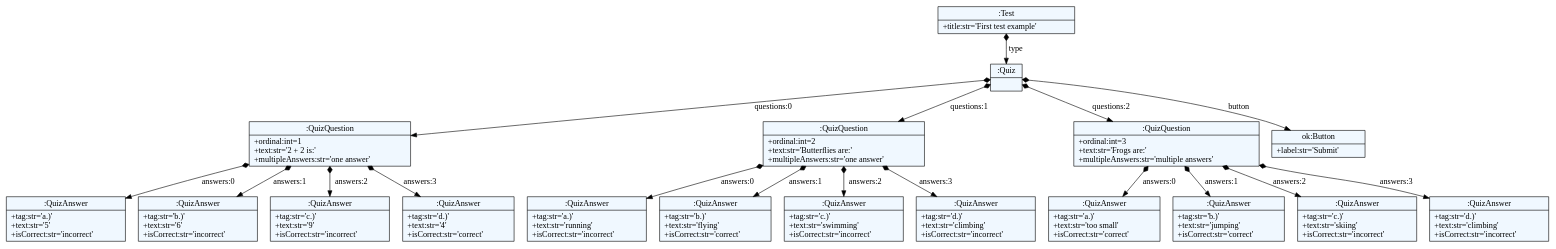
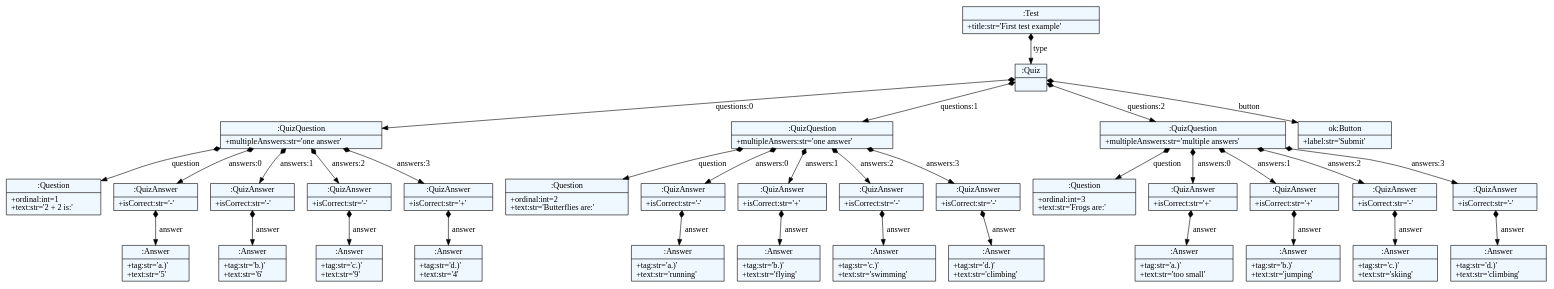
One commit to igen-ftn/quizgen changed the diagram in quiz/example.dot. Above: the diagram before and after it, drawn with Graphviz. The commit also changed 8 other files, not shown here.

```diff
--- a/quiz/example.dot
+++ b/quiz/example.dot
@@ -1,50 +1,80 @@
 
     digraph xtext {
     fontname = "Bitstream Vera Sans"
     fontsize = 8
     node[
         shape=record,
         style=filled,
         fillcolor=aliceblue
     ]
     nodesep = 0.3
     edge[dir=black,arrowtail=empty]
 
 
-140619227879464 -> 140619227604528 [label="type" arrowtail=diamond dir=both]
-140619227604528 -> 140619227605760 [label="questions:0" arrowtail=diamond dir=both]
-140619227605760 -> 140619227605984 [label="answers:0" arrowtail=diamond dir=both]
-140619227605984[label="{:QuizAnswer|+tag:str='a.)'\l+text:str='5'\l+isCorrect:str='incorrect'\l}"]
-140619227605760 -> 140619227606096 [label="answers:1" arrowtail=diamond dir=both]
-140619227606096[label="{:QuizAnswer|+tag:str='b.)'\l+text:str='6'\l+isCorrect:str='incorrect'\l}"]
-140619227605760 -> 140619227606208 [label="answers:2" arrowtail=diamond dir=both]
-140619227606208[label="{:QuizAnswer|+tag:str='c.)'\l+text:str='9'\l+isCorrect:str='incorrect'\l}"]
-140619227605760 -> 140619227606320 [label="answers:3" arrowtail=diamond dir=both]
-140619227606320[label="{:QuizAnswer|+tag:str='d.)'\l+text:str='4'\l+isCorrect:str='correct'\l}"]
-140619227605760[label="{:QuizQuestion|+ordinal:int=1\l+text:str='2 + 2 is:'\l+multipleAnswers:str='one answer'\l}"]
-140619227604528 -> 140619227605928 [label="questions:1" arrowtail=diamond dir=both]
-140619227605928 -> 140619227606432 [label="answers:0" arrowtail=diamond dir=both]
-140619227606432[label="{:QuizAnswer|+tag:str='a.)'\l+text:str='running'\l+isCorrect:str='incorrect'\l}"]
-140619227605928 -> 140619227606600 [label="answers:1" arrowtail=diamond dir=both]
-140619227606600[label="{:QuizAnswer|+tag:str='b.)'\l+text:str='flying'\l+isCorrect:str='correct'\l}"]
-140619227605928 -> 140619227606824 [label="answers:2" arrowtail=diamond dir=both]
-140619227606824[label="{:QuizAnswer|+tag:str='c.)'\l+text:str='swimming'\l+isCorrect:str='incorrect'\l}"]
-140619227605928 -> 140619227606992 [label="answers:3" arrowtail=diamond dir=both]
-140619227606992[label="{:QuizAnswer|+tag:str='d.)'\l+text:str='climbing'\l+isCorrect:str='incorrect'\l}"]
-140619227605928[label="{:QuizQuestion|+ordinal:int=2\l+text:str='Butterflies are:'\l+multipleAnswers:str='one answer'\l}"]
-140619227604528 -> 140619227606040 [label="questions:2" arrowtail=diamond dir=both]
-140619227606040 -> 140619227635784 [label="answers:0" arrowtail=diamond dir=both]
-140619227635784[label="{:QuizAnswer|+tag:str='a.)'\l+text:str='too small'\l+isCorrect:str='correct'\l}"]
-140619227606040 -> 140619227635952 [label="answers:1" arrowtail=diamond dir=both]
-140619227635952[label="{:QuizAnswer|+tag:str='b.)'\l+text:str='jumping'\l+isCorrect:str='correct'\l}"]
-140619227606040 -> 140619227636064 [label="answers:2" arrowtail=diamond dir=both]
-140619227636064[label="{:QuizAnswer|+tag:str='c.)'\l+text:str='skiing'\l+isCorrect:str='incorrect'\l}"]
-140619227606040 -> 140619227636288 [label="answers:3" arrowtail=diamond dir=both]
-140619227636288[label="{:QuizAnswer|+tag:str='d.)'\l+text:str='climbing'\l+isCorrect:str='incorrect'\l}"]
-140619227606040[label="{:QuizQuestion|+ordinal:int=3\l+text:str='Frogs are:'\l+multipleAnswers:str='multiple answers'\l}"]
-140619227604528 -> 140619227604640 [label="button" arrowtail=diamond dir=both]
-140619227604640[label="{ok:Button|+label:str='Submit'\l}"]
-140619227604528[label="{:Quiz|}"]
-140619227879464[label="{:Test|+title:str='First test example'\l}"]
+2153165108448 -> 2153165011488 [label="type" arrowtail=diamond dir=both]
+2153165011488 -> 2153165011152 [label="questions:0" arrowtail=diamond dir=both]
+2153165011152 -> 2153165010144 [label="question" arrowtail=diamond dir=both]
+2153165010144[label="{:Question|+ordinal:int=1\l+text:str='2 + 2 is:'\l}"]
+2153165011152 -> 2153165010088 [label="answers:0" arrowtail=diamond dir=both]
+2153165010088 -> 2153165009920 [label="answer" arrowtail=diamond dir=both]
+2153165009920[label="{:Answer|+tag:str='a.)'\l+text:str='5'\l}"]
+2153165010088[label="{:QuizAnswer|+isCorrect:str='-'\l}"]
+2153165011152 -> 2153165009976 [label="answers:1" arrowtail=diamond dir=both]
+2153165009976 -> 2153165009864 [label="answer" arrowtail=diamond dir=both]
+2153165009864[label="{:Answer|+tag:str='b.)'\l+text:str='6'\l}"]
+2153165009976[label="{:QuizAnswer|+isCorrect:str='-'\l}"]
+2153165011152 -> 2153165009808 [label="answers:2" arrowtail=diamond dir=both]
+2153165009808 -> 2153165009640 [label="answer" arrowtail=diamond dir=both]
+2153165009640[label="{:Answer|+tag:str='c.)'\l+text:str='9'\l}"]
+2153165009808[label="{:QuizAnswer|+isCorrect:str='-'\l}"]
+2153165011152 -> 2153165009696 [label="answers:3" arrowtail=diamond dir=both]
+2153165009696 -> 2153165009472 [label="answer" arrowtail=diamond dir=both]
+2153165009472[label="{:Answer|+tag:str='d.)'\l+text:str='4'\l}"]
+2153165009696[label="{:QuizAnswer|+isCorrect:str='+'\l}"]
+2153165011152[label="{:QuizQuestion|+multipleAnswers:str='one answer'\l}"]
+2153165011488 -> 2153165010368 [label="questions:1" arrowtail=diamond dir=both]
+2153165010368 -> 2153165009528 [label="question" arrowtail=diamond dir=both]
+2153165009528[label="{:Question|+ordinal:int=2\l+text:str='Butterflies are:'\l}"]
+2153165010368 -> 2153165009360 [label="answers:0" arrowtail=diamond dir=both]
+2153165009360 -> 2153165009192 [label="answer" arrowtail=diamond dir=both]
+2153165009192[label="{:Answer|+tag:str='a.)'\l+text:str='running'\l}"]
+2153165009360[label="{:QuizAnswer|+isCorrect:str='-'\l}"]
+2153165010368 -> 2153165009136 [label="answers:1" arrowtail=diamond dir=both]
+2153165009136 -> 2153165009080 [label="answer" arrowtail=diamond dir=both]
+2153165009080[label="{:Answer|+tag:str='b.)'\l+text:str='flying'\l}"]
+2153165009136[label="{:QuizAnswer|+isCorrect:str='+'\l}"]
+2153165010368 -> 2153165009024 [label="answers:2" arrowtail=diamond dir=both]
+2153165009024 -> 2153164973168 [label="answer" arrowtail=diamond dir=both]
+2153164973168[label="{:Answer|+tag:str='c.)'\l+text:str='swimming'\l}"]
+2153165009024[label="{:QuizAnswer|+isCorrect:str='-'\l}"]
+2153165010368 -> 2153164960656 [label="answers:3" arrowtail=diamond dir=both]
+2153164960656 -> 2153164972384 [label="answer" arrowtail=diamond dir=both]
+2153164972384[label="{:Answer|+tag:str='d.)'\l+text:str='climbing'\l}"]
+2153164960656[label="{:QuizAnswer|+isCorrect:str='-'\l}"]
+2153165010368[label="{:QuizQuestion|+multipleAnswers:str='one answer'\l}"]
+2153165011488 -> 2153165010032 [label="questions:2" arrowtail=diamond dir=both]
+2153165010032 -> 2153164972440 [label="question" arrowtail=diamond dir=both]
+2153164972440[label="{:Question|+ordinal:int=3\l+text:str='Frogs are:'\l}"]
+2153165010032 -> 2153164972552 [label="answers:0" arrowtail=diamond dir=both]
+2153164972552 -> 2153164972720 [label="answer" arrowtail=diamond dir=both]
+2153164972720[label="{:Answer|+tag:str='a.)'\l+text:str='too small'\l}"]
+2153164972552[label="{:QuizAnswer|+isCorrect:str='+'\l}"]
+2153165010032 -> 2153164972776 [label="answers:1" arrowtail=diamond dir=both]
+2153164972776 -> 2153164972832 [label="answer" arrowtail=diamond dir=both]
+2153164972832[label="{:Answer|+tag:str='b.)'\l+text:str='jumping'\l}"]
+2153164972776[label="{:QuizAnswer|+isCorrect:str='+'\l}"]
+2153165010032 -> 2153164972888 [label="answers:2" arrowtail=diamond dir=both]
+2153164972888 -> 2153164973056 [label="answer" arrowtail=diamond dir=both]
+2153164973056[label="{:Answer|+tag:str='c.)'\l+text:str='skiing'\l}"]
+2153164972888[label="{:QuizAnswer|+isCorrect:str='-'\l}"]
+2153165010032 -> 2153164973000 [label="answers:3" arrowtail=diamond dir=both]
+2153164973000 -> 2153164992464 [label="answer" arrowtail=diamond dir=both]
+2153164992464[label="{:Answer|+tag:str='d.)'\l+text:str='climbing'\l}"]
+2153164973000[label="{:QuizAnswer|+isCorrect:str='-'\l}"]
+2153165010032[label="{:QuizQuestion|+multipleAnswers:str='multiple answers'\l}"]
+2153165011488 -> 2153165011376 [label="button" arrowtail=diamond dir=both]
+2153165011376[label="{ok:Button|+label:str='Submit'\l}"]
+2153165011488[label="{:Quiz|}"]
+2153165108448[label="{:Test|+title:str='First test example'\l}"]
 
 }
```
